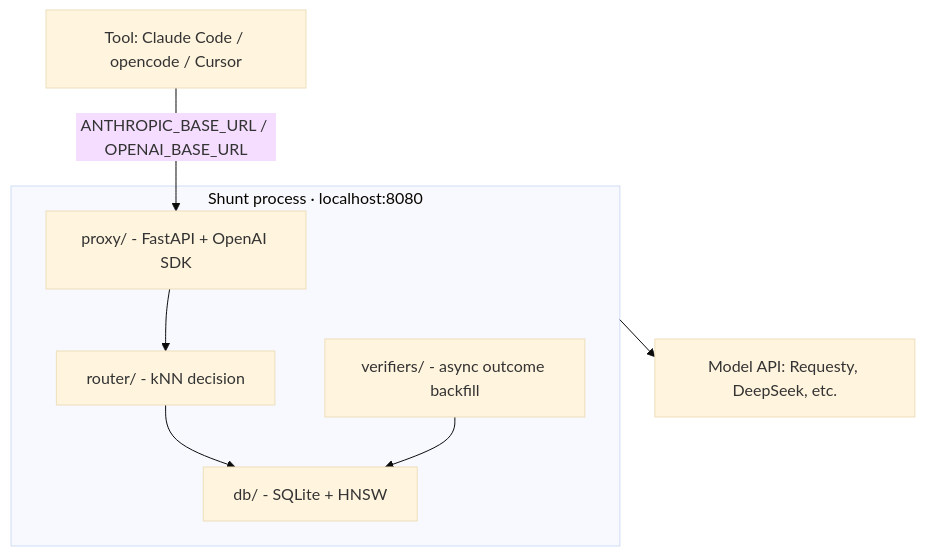
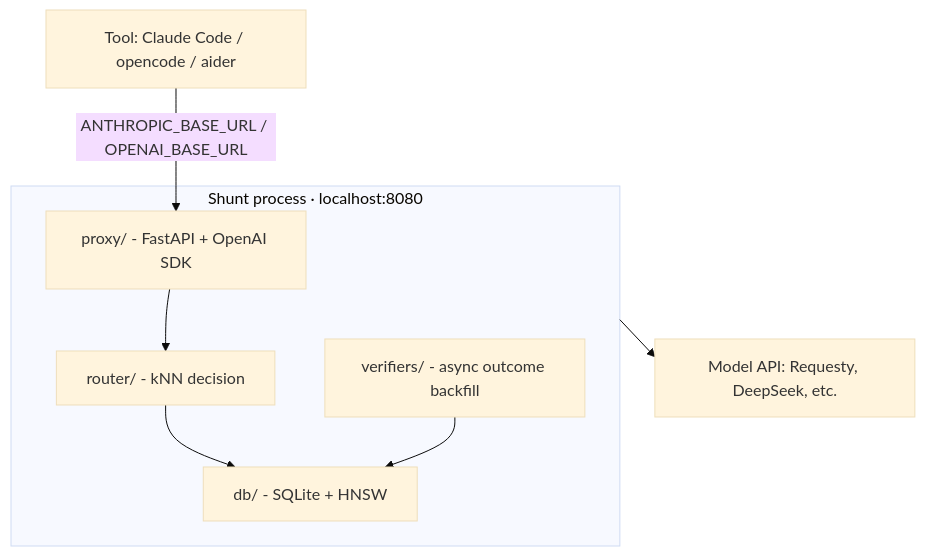
The diagram in docs/architecture.md (KookaS/shunt), drawn with Mermaid (base theme) before and after one commit. The commit also changed other lines of this file and 61 other files, not shown here.

````diff
--- a/docs/architecture.md
+++ b/docs/architecture.md
@@ -12,10 +12,10 @@
 ```mermaid
 graph TD
-  A[Tool: Claude Code / opencode / Cursor] -->|ANTHROPIC_BASE_URL / OPENAI_BASE_URL| P
+  A[Tool: Claude Code / opencode / aider] -->|ANTHROPIC_BASE_URL / OPENAI_BASE_URL| P
   subgraph Shunt[Shunt process · localhost:8080]
     P[proxy/ - FastAPI + OpenAI SDK] --> R[router/ - kNN decision]
     R --> D[db/ - SQLite + HNSW]
     V[verifiers/ - async outcome backfill] --> D
   end
   Shunt --> E[Model API: Requesty, DeepSeek, etc.]
 ```
````
